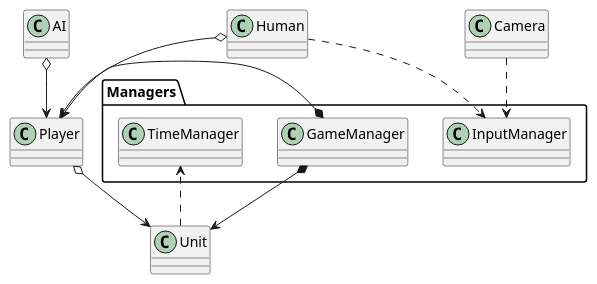
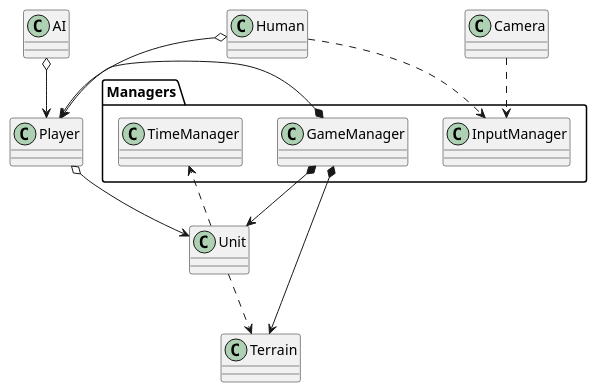
Before and after one commit to Ort-meyer/SimpleRts: the diagram in Docs/ClassDiagrams.wsd, drawn with PlantUML. The commit also changed 7 other files, not shown here.

```diff
--- a/Docs/ClassDiagrams.wsd
+++ b/Docs/ClassDiagrams.wsd
@@ -1,54 +1,59 @@
 @startuml
-
 class Human {
 
 }
 class AI {
     
 }
 class Player {
 
 }
 
 class Camera {
+
+}
+
+class Terrain {
 
 }
 
 package Managers {
     class InputManager {
 
     }
 
     class GameManager {
 
     }
 
     class TimeManager {
 
     }
 }
 
 
 
 
 
 class Unit {
 
 }
 
 Camera ..> InputManager
 
 Human o--> Player
 Human ..> InputManager
 AI o--> Player
 
 GameManager *--> Player
 GameManager *--> Unit
+GameManager *--> Terrain
 
 Player o--> Unit
 
 Unit ..> TimeManager
+Unit ..> Terrain
 
 
 
 @enduml
```
